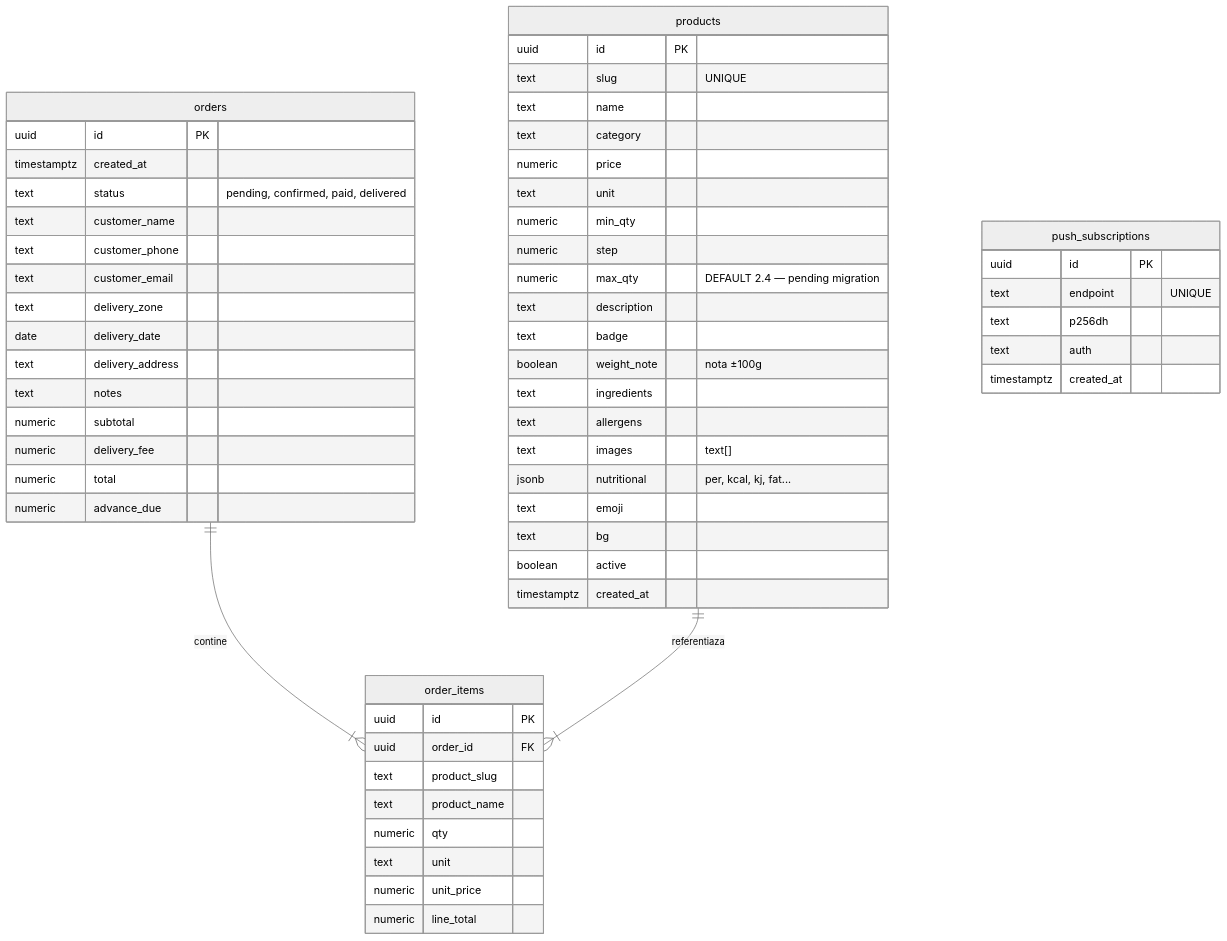
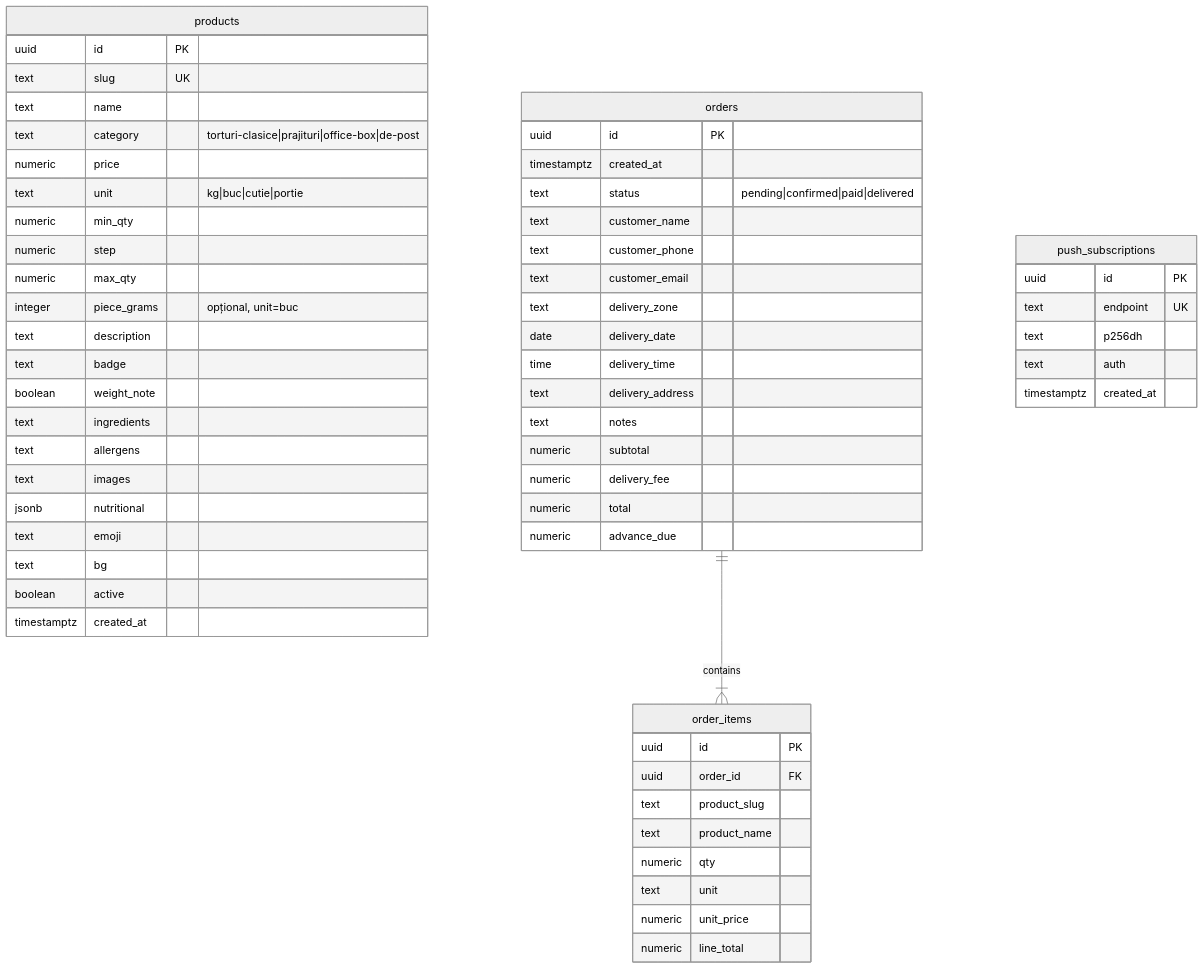
The first of 2 diagrams in Arhitectura Sistemului.md (EmanuelRado/biocake), drawn with Mermaid (neutral theme) before and after one commit. The commit also changed other lines of this file and 18 other files, not shown here.

````diff
--- a/Arhitectura Sistemului.md
+++ b/Arhitectura Sistemului.md
@@ -26,64 +24,65 @@
 ```mermaid
 erDiagram
     products {
         uuid id PK
-        text slug "UNIQUE"
+        text slug UK
         text name
-        text category
+        text category "torturi-clasice|prajituri|office-box|de-post"
         numeric price
-        text unit
+        text unit "kg|buc|cutie|portie"
         numeric min_qty
         numeric step
-        numeric max_qty "DEFAULT 2.4 — pending migration"
+        numeric max_qty
+        integer piece_grams "opțional, unit=buc"
         text description
         text badge
-        boolean weight_note "nota ±100g"
+        boolean weight_note
         text ingredients
         text allergens
-        text images "text[]"
-        jsonb nutritional "per, kcal, kj, fat..."
+        text images
+        jsonb nutritional
         text emoji
         text bg
         boolean active
         timestamptz created_at
     }
-    
+
     orders {
         uuid id PK
         timestamptz created_at
-        text status "pending, confirmed, paid, delivered"
+        text status "pending|confirmed|paid|delivered"
         text customer_name
         text customer_phone
         text customer_email
         text delivery_zone
         date delivery_date
+        time delivery_time
         text delivery_address
         text notes
         numeric subtotal
         numeric delivery_fee
         numeric total
         numeric advance_due
     }
-    
+
     order_items {
         uuid id PK
         uuid order_id FK
         text product_slug
         text product_name
         numeric qty
         text unit
         numeric unit_price
         numeric line_total
     }
 
     push_subscriptions {
         uuid id PK
-        text endpoint "UNIQUE"
+        text endpoint UK
         text p256dh
         text auth
         timestamptz created_at
     }
 
-    orders ||--|{ order_items : "contine"
-    products ||--|{ order_items : "referentiaza"
+    orders ||--|{ order_items : contains
 ```
````
